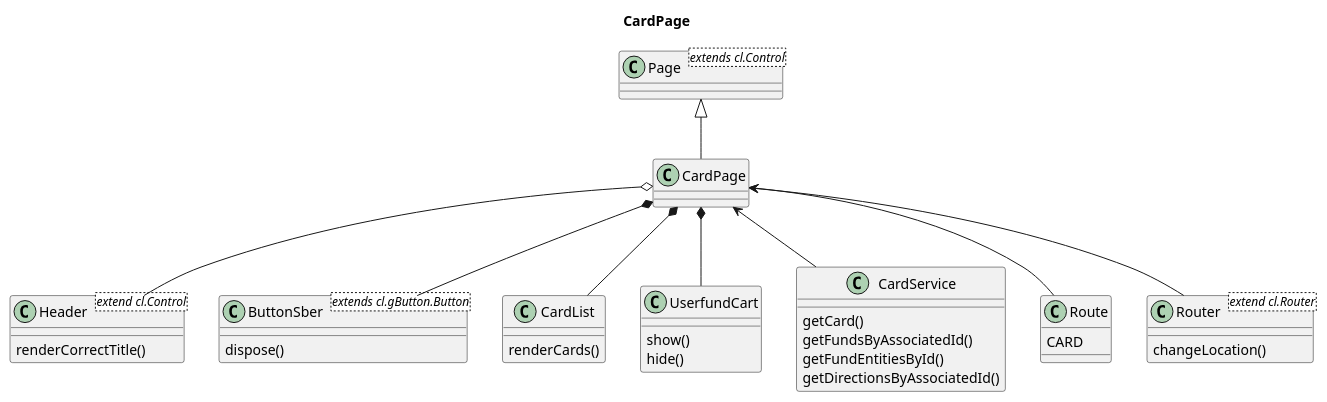
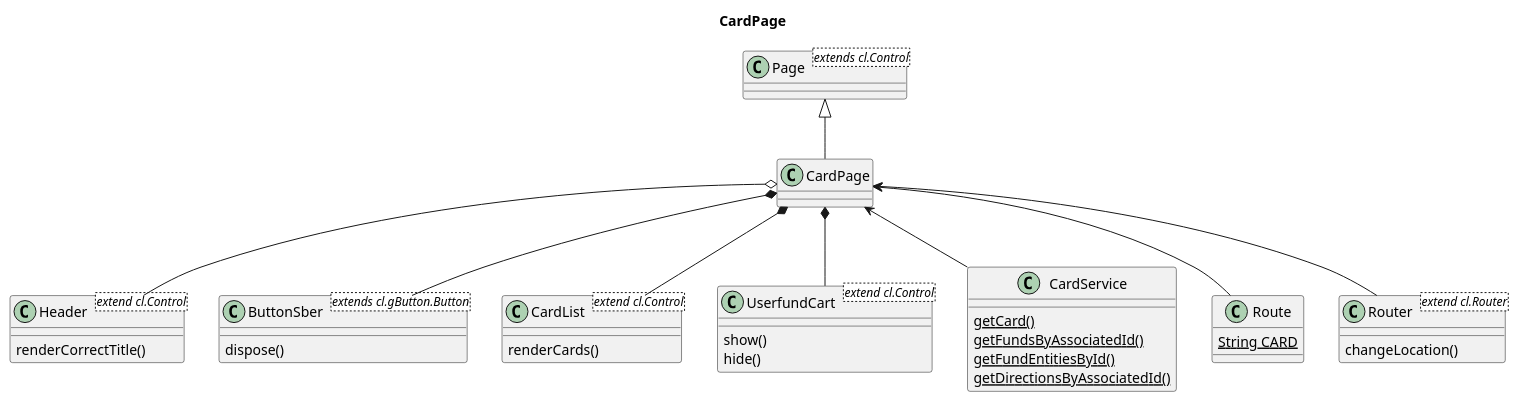
Before and after one commit to Sprinter101/sp101: the diagram in uml/b-card-page.pu, drawn with PlantUML. The commit also changed 2 other files, not shown here.

```diff
--- a/uml/b-card-page.pu
+++ b/uml/b-card-page.pu
@@ -1,51 +1,52 @@
 @startuml
 
 title CardPage
 
 Page <|-- CardPage
+
 CardPage o-- Header
+
 CardPage *-- ButtonSber
 CardPage *-- CardList
 CardPage *-- UserfundCart
 
 CardPage <-- CardService
 CardPage <-- Route
 CardPage <-- Router
 
 
 class Header <extend cl.Control> {
     renderCorrectTitle()
 }
 
 class ButtonSber <extends cl.gButton.Button> {
     dispose()
 }
 
-class CardList {
+class CardList <extend cl.Control> {
     renderCards()
 }
 
-class UserfundCart {
+class UserfundCart <extend cl.Control> {
     show()
     hide()
 }
 
 class CardService {
-    getCard()
-    getFundsByAssociatedId()
-    getFundEntitiesById()
-    getDirectionsByAssociatedId()
+    {static} getCard()
+    {static} getFundsByAssociatedId()
+    {static} getFundEntitiesById()
+    {static} getDirectionsByAssociatedId()
 }
 
 class Route {
-    CARD
+    {static} String CARD
 }
 
 class Router <extend cl.Router> {
     changeLocation()
 }
 
-
 class Page <extends cl.Control>
 
 @enduml
```
